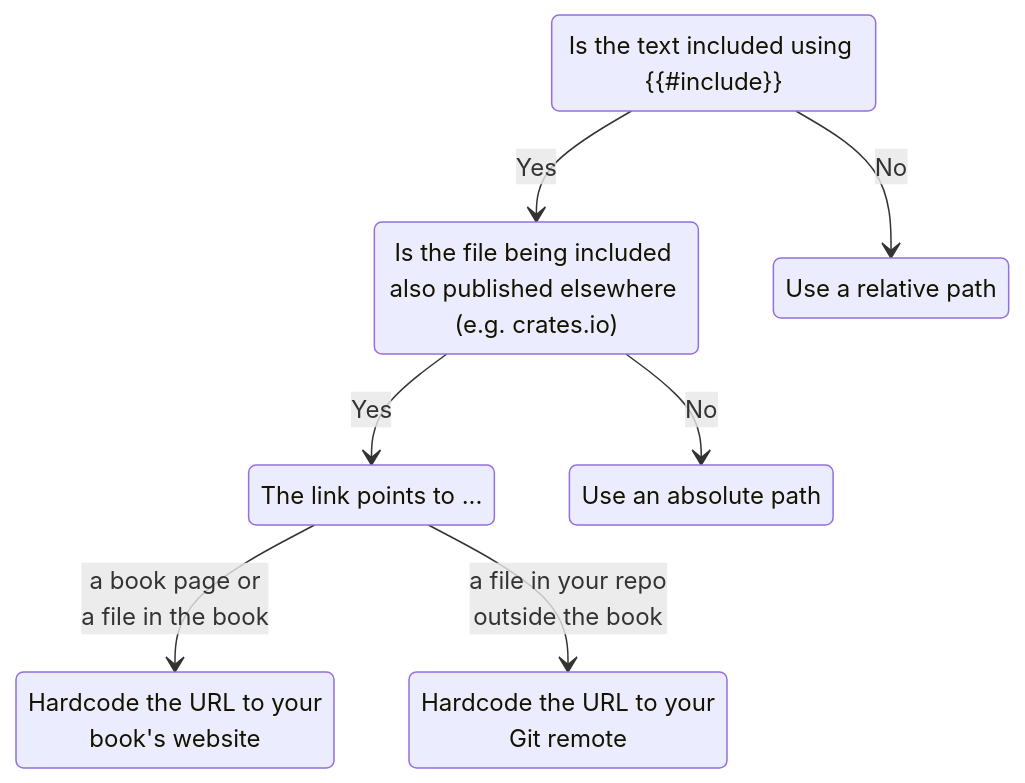
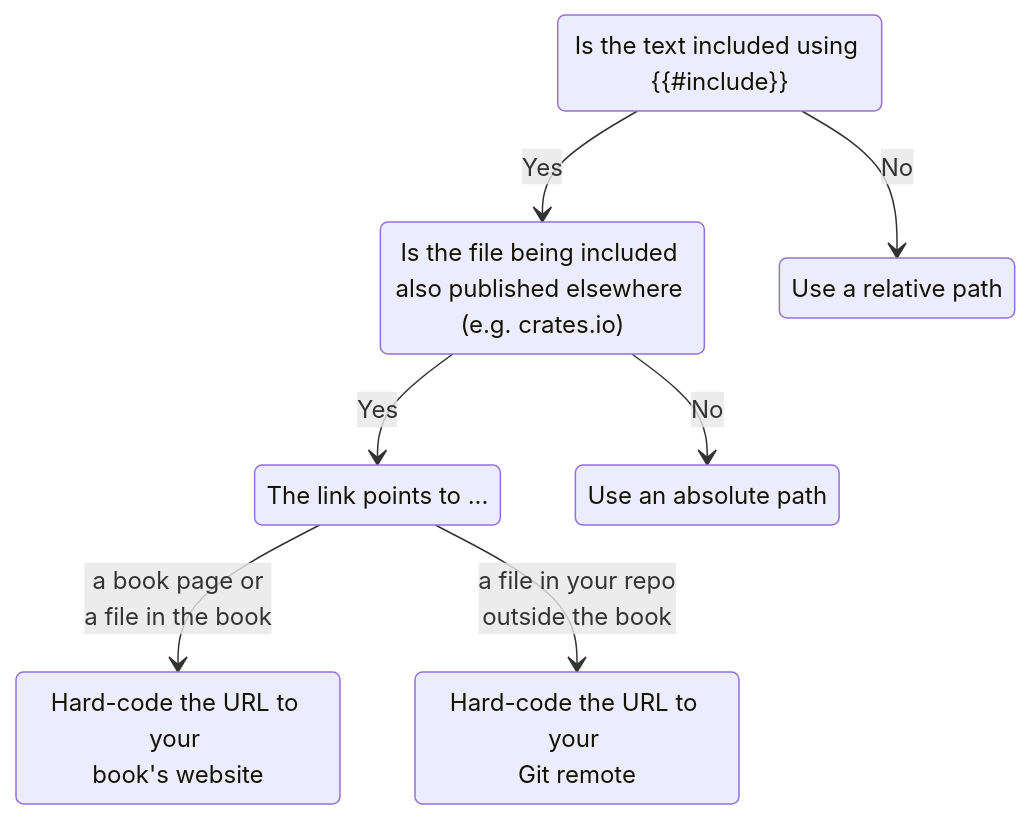
The diagram in docs/src/permalinks/more-ways-to-link.md (tonywu6/mdbookkit), drawn with Mermaid before and after one commit. The commit also changed 11 other files, not shown here.

````diff
--- a/docs/src/permalinks/more-ways-to-link.md
+++ b/docs/src/permalinks/more-ways-to-link.md
@@ -16,17 +16,17 @@
 ```mermaid
 stateDiagram-v2
     start          : Is the text included using {{#include}}
     included       : Is the file being included also published elsewhere <br>(e.g. crates.io)
     external       : The link points to ...
     relativePath   : Use a relative path
     absolutePath   : Use an absolute path
-    bookUrl        : Hardcode the URL to your <br>book's website
-    repoUrl        : Hardcode the URL to your <br>Git remote
+    bookUrl        : Hard-code the URL to your <br>book's website
+    repoUrl        : Hard-code the URL to your <br>Git remote
 
     start --> included: Yes
     start --> relativePath: No
     included --> external: Yes
     included --> absolutePath: No
     external --> bookUrl: a book page or <br>a file in the book
     external --> repoUrl: a file in your repo <br>outside the book
 ```
````
